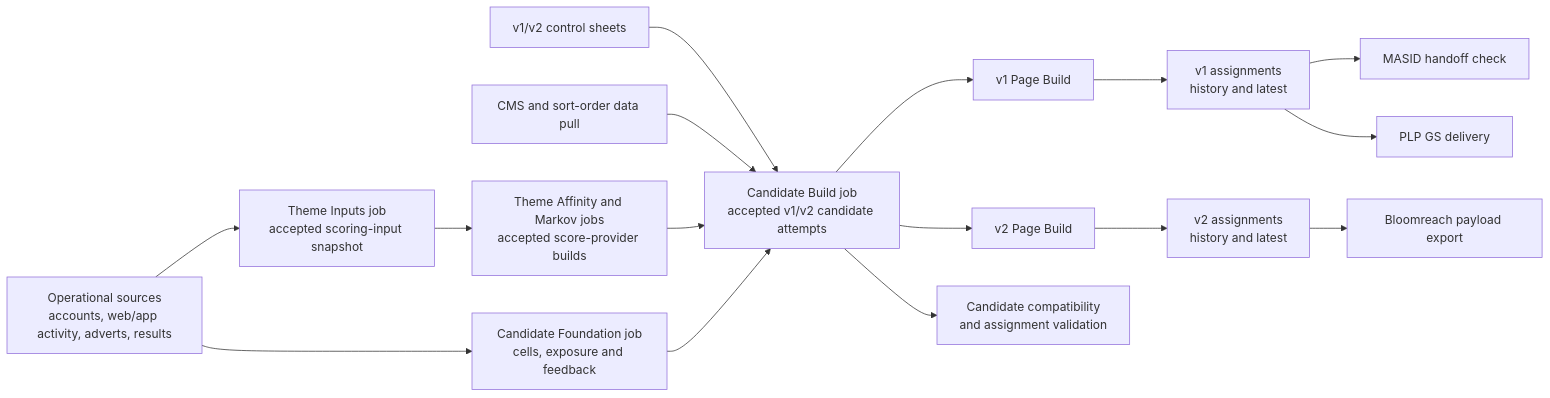
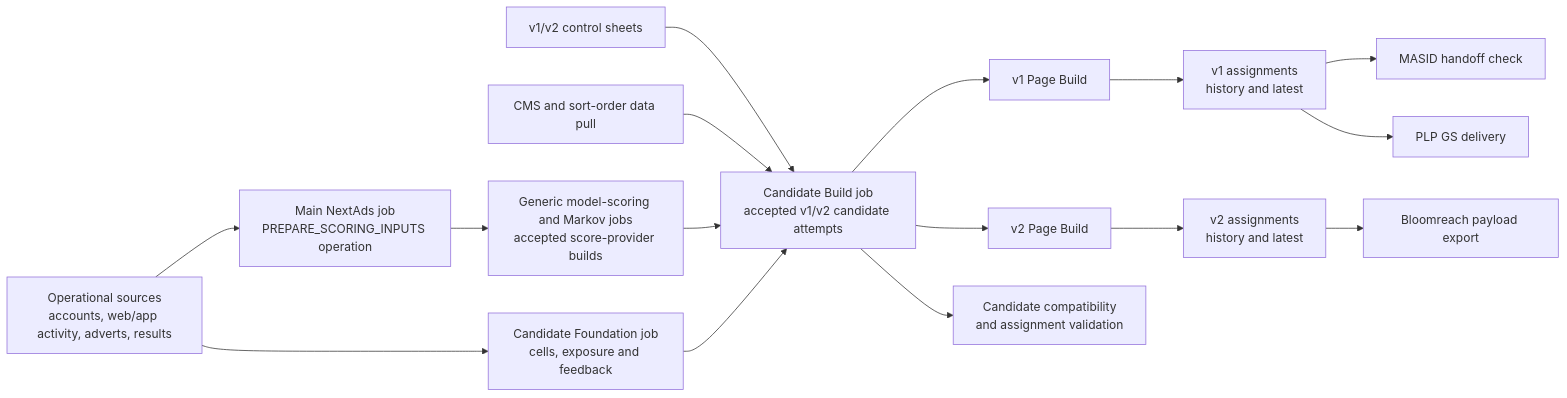
The first of 2 diagrams in docs/architecture/nextads_job_table_flow.md (swblain-glyndwr/personal_project), drawn with Mermaid before and after one commit. The commit also changed other lines of this file and 26 other files, not shown here.

Commit message:
Consolidate scheduled model scoring and feature sources

````diff
--- a/docs/architecture/nextads_job_table_flow.md
+++ b/docs/architecture/nextads_job_table_flow.md
@@ -9,31 +9,31 @@
 ```mermaid
 flowchart LR
   operational["Operational sources<br/>accounts, web/app activity, adverts, results"]
-  theme_inputs["Theme Inputs job<br/>accepted scoring-input snapshot"]
-  providers["Theme Affinity and Markov jobs<br/>accepted score-provider builds"]
+  scoring_inputs["Main NextAds job<br/>PREPARE_SCORING_INPUTS operation"]
+  providers["Generic model-scoring and Markov jobs<br/>accepted score-provider builds"]
   foundation["Candidate Foundation job<br/>cells, exposure and feedback"]
   control["v1/v2 control sheets"]
   data_pull["CMS and sort-order data pull"]
   candidates["Candidate Build job<br/>accepted v1/v2 candidate attempts"]
   page_v1["v1 Page Build"]
   page_v2["v2 Page Build"]
   assignments_v1["v1 assignments<br/>history and latest"]
   assignments_v2["v2 assignments<br/>history and latest"]
   masid["MASID handoff check"]
   plp["PLP GS delivery"]
   payload["Bloomreach payload export"]
   compatibility["Candidate compatibility<br/>and assignment validation"]
 
-  operational --> theme_inputs --> providers
+  operational --> scoring_inputs --> providers
   operational --> foundation
   control --> candidates
   data_pull --> candidates
   providers --> candidates
   foundation --> candidates
   candidates --> page_v1 --> assignments_v1
   candidates --> page_v2 --> assignments_v2
   assignments_v1 --> masid
   assignments_v1 --> plp
   assignments_v2 --> payload
   candidates --> compatibility
 ```
````
